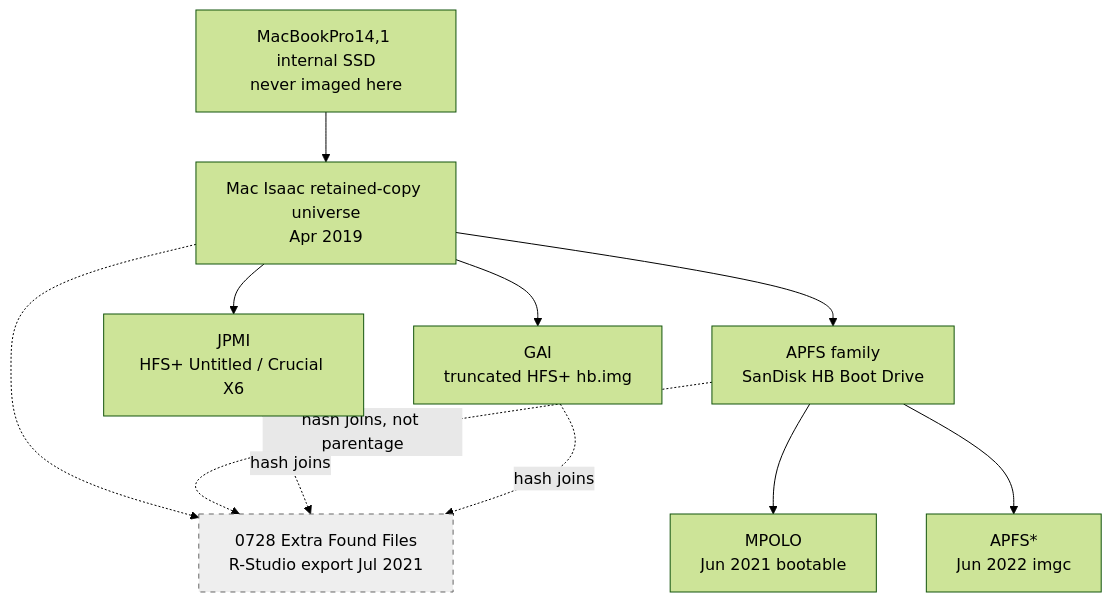
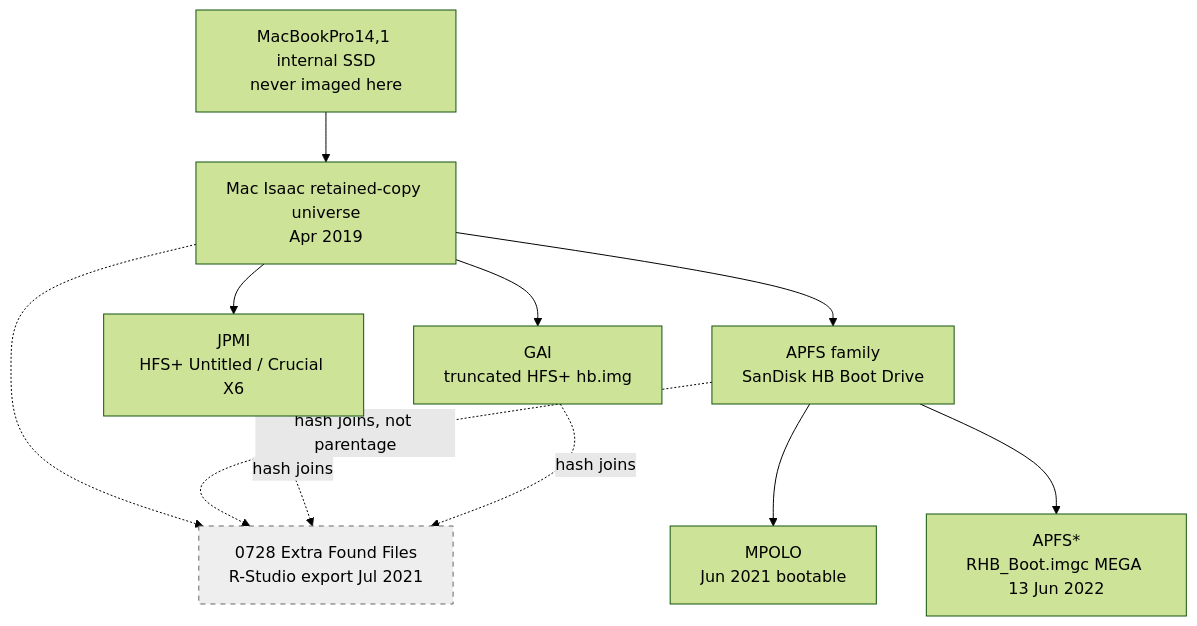
One commit to 459Crimes/HunterBidenLaptop_0728 changed the diagram in docs/diagrams/named_graph.mmd. Above: the diagram before and after it, drawn with Mermaid (forest theme). The commit also changed 25 other files, not shown here.

First line of the commit message:
Treat APFS* as the RHB_Boot.imgc MEGA image Hayes sent on 13 June 2022.

```diff
--- a/docs/diagrams/named_graph.mmd
+++ b/docs/diagrams/named_graph.mmd
@@ -1,23 +1,23 @@
 flowchart TB
   nvme["MacBookPro14,1 internal SSD<br/>never imaged here"]
   shop["Mac Isaac retained-copy universe<br/>Apr 2019"]
   jpmi["JPMI<br/>HFS+ Untitled / Crucial X6"]
   gai["GAI<br/>truncated HFS+ hb.img"]
   apfs["APFS family<br/>SanDisk HB Boot Drive"]
   mpolo["MPOLO<br/>Jun 2021 bootable"]
-  apfsstar["APFS*<br/>Jun 2022 imgc"]
+  apfsstar["APFS*<br/>RHB_Boot.imgc MEGA 13 Jun 2022"]
   eff["0728 Extra Found Files<br/>R-Studio export Jul 2021"]
 
   nvme --> shop
   shop --> jpmi
   shop --> gai
   shop --> apfs
   apfs --> mpolo
   apfs --> apfsstar
   shop -.-> eff
   apfs -.->|hash joins, not parentage| eff
   jpmi -.->|hash joins| eff
   gai -.->|hash joins| eff
 
   classDef side fill:#eee,stroke:#666,stroke-dasharray: 5 5
   class eff side
```
